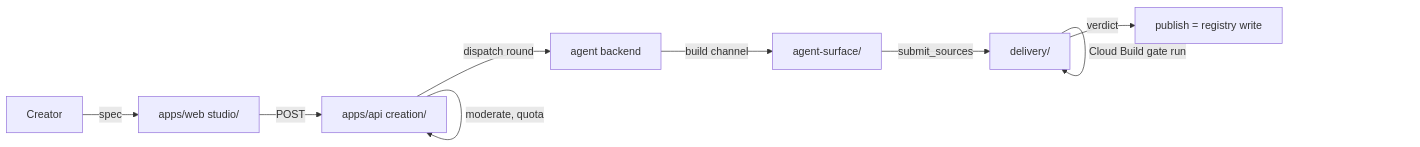
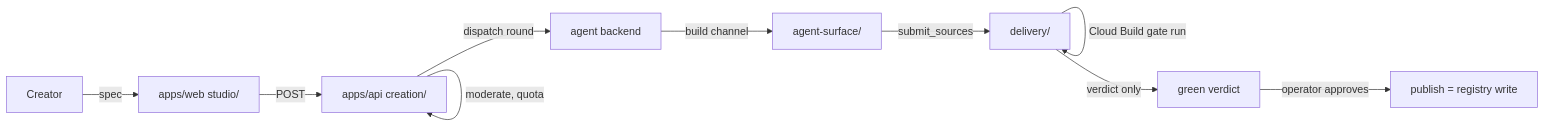
Before and after one commit to gamedevpl/www.gamedev.pl: the second of 2 diagrams in docs/architecture.md, drawn with Mermaid. The commit also changed other lines of this file and 2 other files, not shown here.

First line of the commit message:
docs: fix four codex findings — publish gate, store lane, snapshot scope

````diff
--- a/docs/architecture.md
+++ b/docs/architecture.md
@@ -184,11 +194,12 @@
 ```mermaid
 flowchart LR
     C[Creator] -->|spec| Web[apps/web studio/]
     Web -->|POST| API[apps/api creation/]
     API -->|moderate, quota| API
     API -->|dispatch round| BE[agent backend]
     BE -->|build channel| CH[agent-surface/]
     CH -->|submit_sources| DL[delivery/]
     DL -->|Cloud Build gate run| DL
-    DL -->|verdict| Pub[publish = registry write]
+    DL -->|verdict only| V[green verdict]
+    V -->|operator approves| Pub[publish = registry write]
 ```
````
